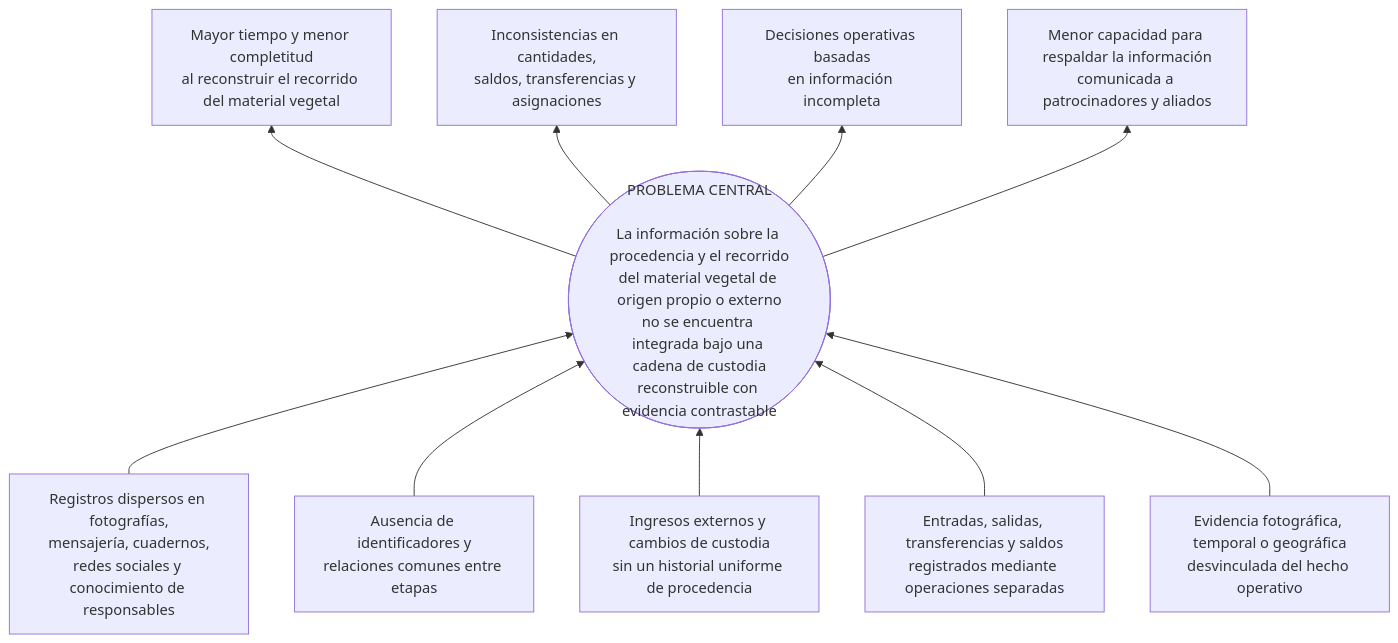
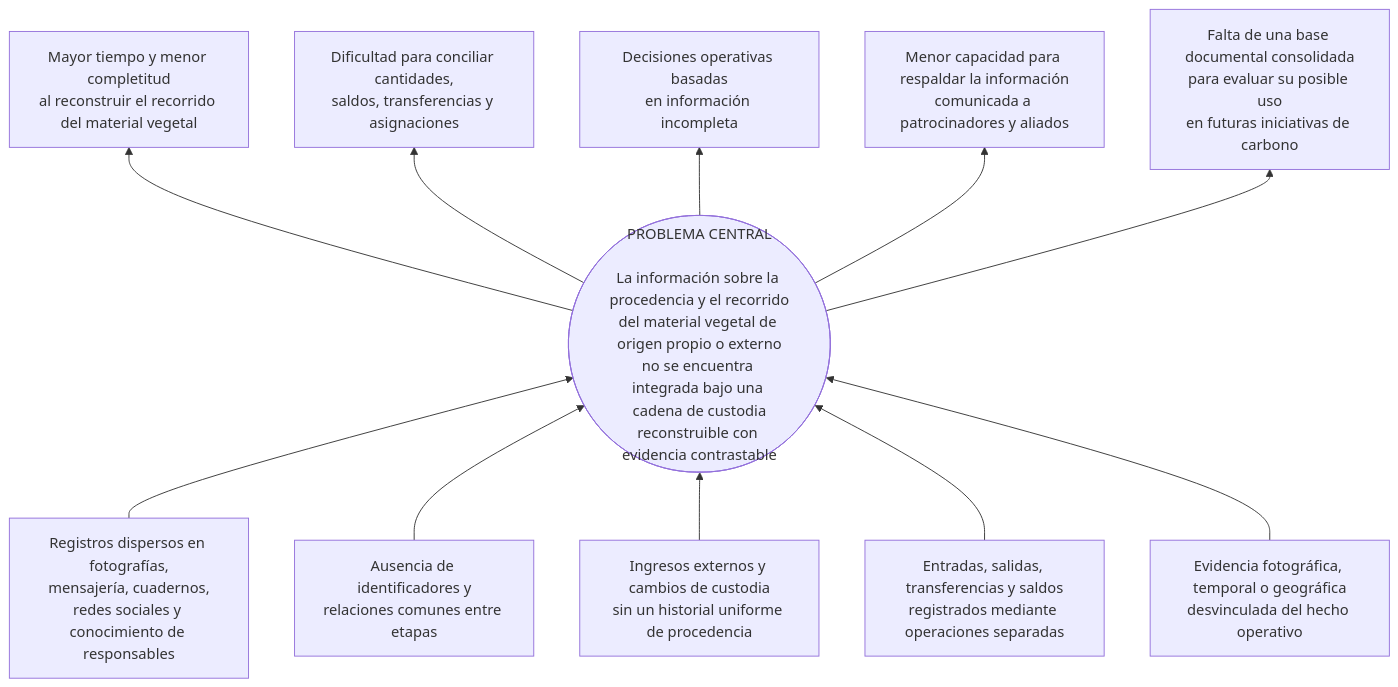
Before and after one commit to R3foresta/r3foresta-docs: the second of 2 diagrams in documentacion-grado/06_entregables/perfil/PERFIL_PROYECTO_GRADO.md, drawn with Mermaid. The commit also changed other lines of this file and 288 other files, not shown here.

````diff
--- a/documentacion-grado/06_entregables/perfil/PERFIL_PROYECTO_GRADO.md
+++ b/documentacion-grado/06_entregables/perfil/PERFIL_PROYECTO_GRADO.md
@@ -406,25 +396,27 @@
 ```mermaid
 flowchart BT
     C1["Registros dispersos en fotografías,<br/>mensajería, cuadernos,<br/>redes sociales y conocimiento de responsables"]
     C2["Ausencia de identificadores y<br/>relaciones comunes entre etapas"]
     C3["Ingresos externos y cambios de custodia<br/>sin un historial uniforme de procedencia"]
     C4["Entradas, salidas, transferencias y saldos<br/>registrados mediante operaciones separadas"]
     C5["Evidencia fotográfica, temporal o geográfica<br/>desvinculada del hecho operativo"]
 
     P(["PROBLEMA CENTRAL<br/><br/>La información sobre la procedencia y el recorrido<br/>del material vegetal de origen propio o externo<br/>no se encuentra integrada bajo una cadena de custodia<br/>reconstruible con evidencia contrastable"])
 
     E1["Mayor tiempo y menor completitud<br/>al reconstruir el recorrido del material vegetal"]
-    E2["Inconsistencias en cantidades,<br/>saldos, transferencias y asignaciones"]
+    E2["Dificultad para conciliar cantidades,<br/>saldos, transferencias y asignaciones"]
     E3["Decisiones operativas basadas<br/>en información incompleta"]
     E4["Menor capacidad para respaldar la información<br/>comunicada a patrocinadores y aliados"]
+    E5["Falta de una base documental consolidada<br/>para evaluar su posible uso<br/>en futuras iniciativas de carbono"]
 
     C1 --> P
     C2 --> P
     C3 --> P
     C4 --> P
     C5 --> P
     P --> E1
     P --> E2
     P --> E3
     P --> E4
+    P --> E5
 ```
````
